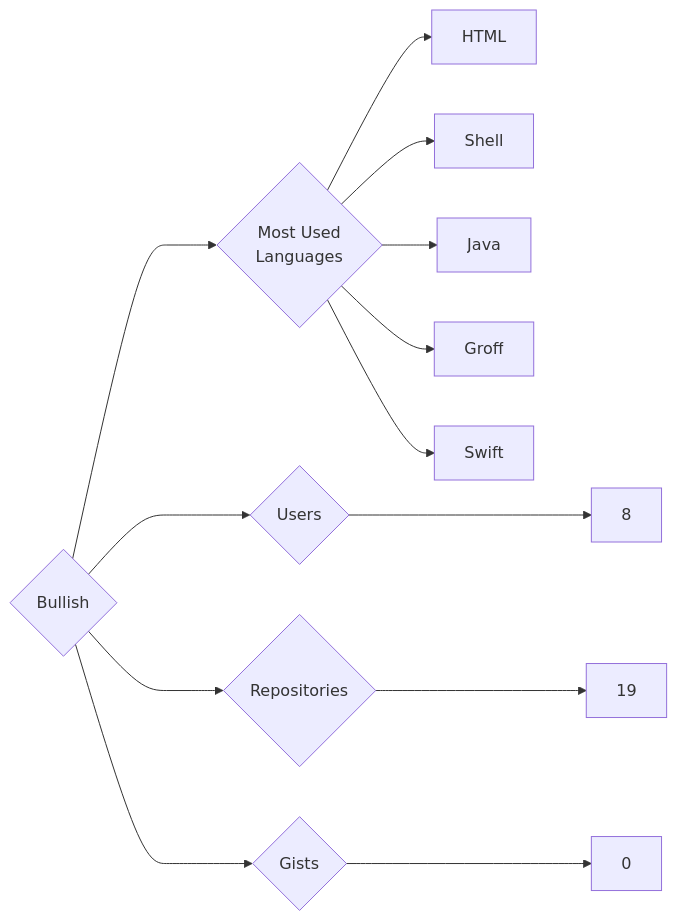
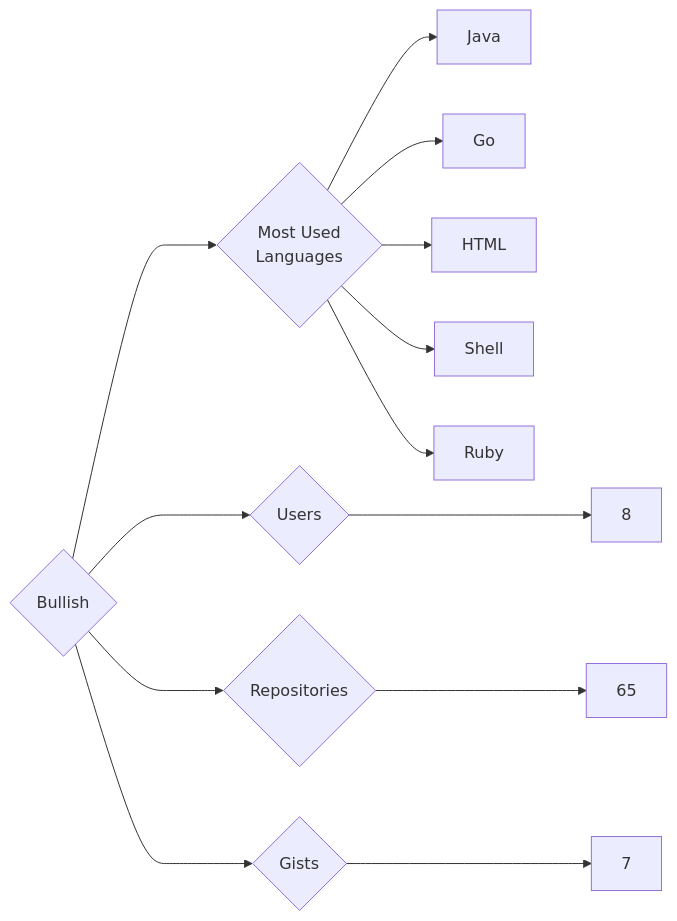
Before and after one commit to trickest/insiders: the diagram in targets/Bullish/README.md, drawn with Mermaid. The commit also changed 934 other files, not shown here.

````diff
--- a/targets/Bullish/README.md
+++ b/targets/Bullish/README.md
@@ -3,13 +3,13 @@
 ```mermaid
 graph LR
 COMPANY_NAME{Bullish}
 COMPANY_NAME ---> U{Users} ---> UN[8]
-COMPANY_NAME ---> R{Repositories} ---> RN[19]
-COMPANY_NAME ---> G{Gists} ---> GN[0]
+COMPANY_NAME ---> R{Repositories} ---> RN[65]
+COMPANY_NAME ---> G{Gists} ---> GN[7]
 COMPANY_NAME ---> ML{Most Used<br>Languages}
+ML --> Java[Java]
+ML --> Go[Go]
 ML --> HTML[HTML]
 ML --> Shell[Shell]
-ML --> Java[Java]
-ML --> Groff[Groff]
-ML --> Swift[Swift]
+ML --> Ruby[Ruby]
 ```
````
